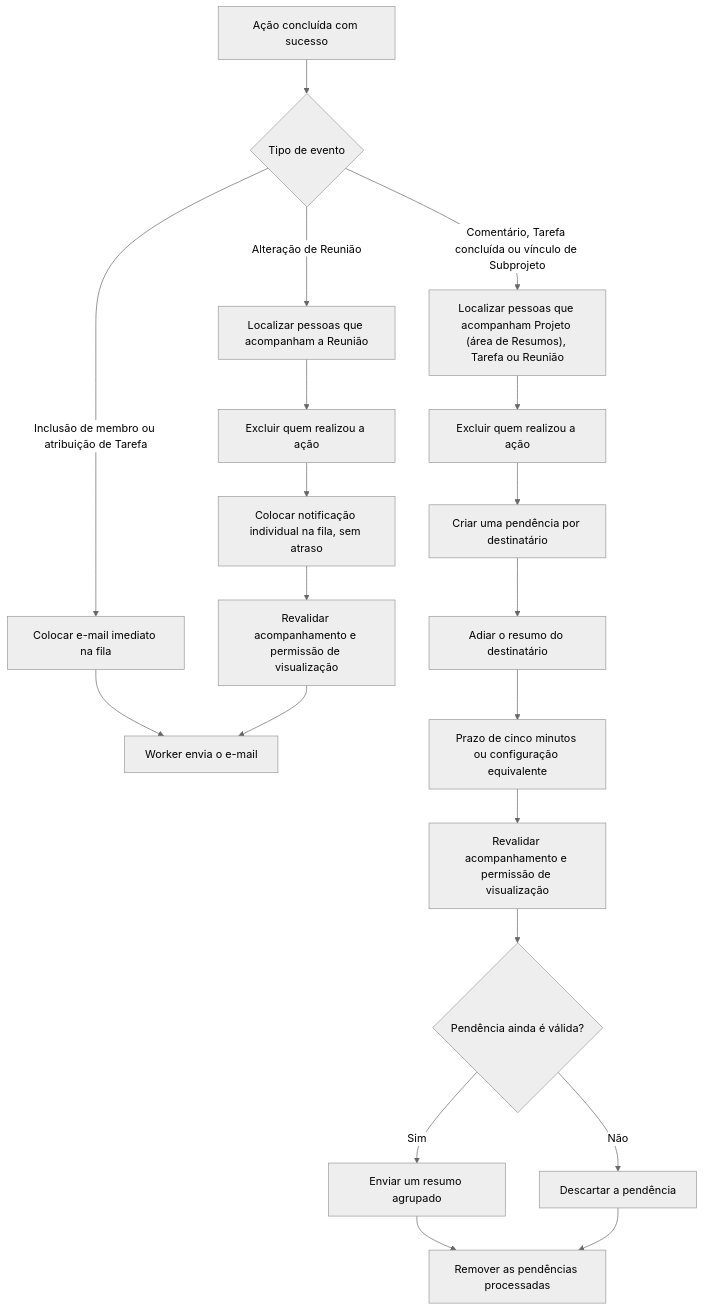
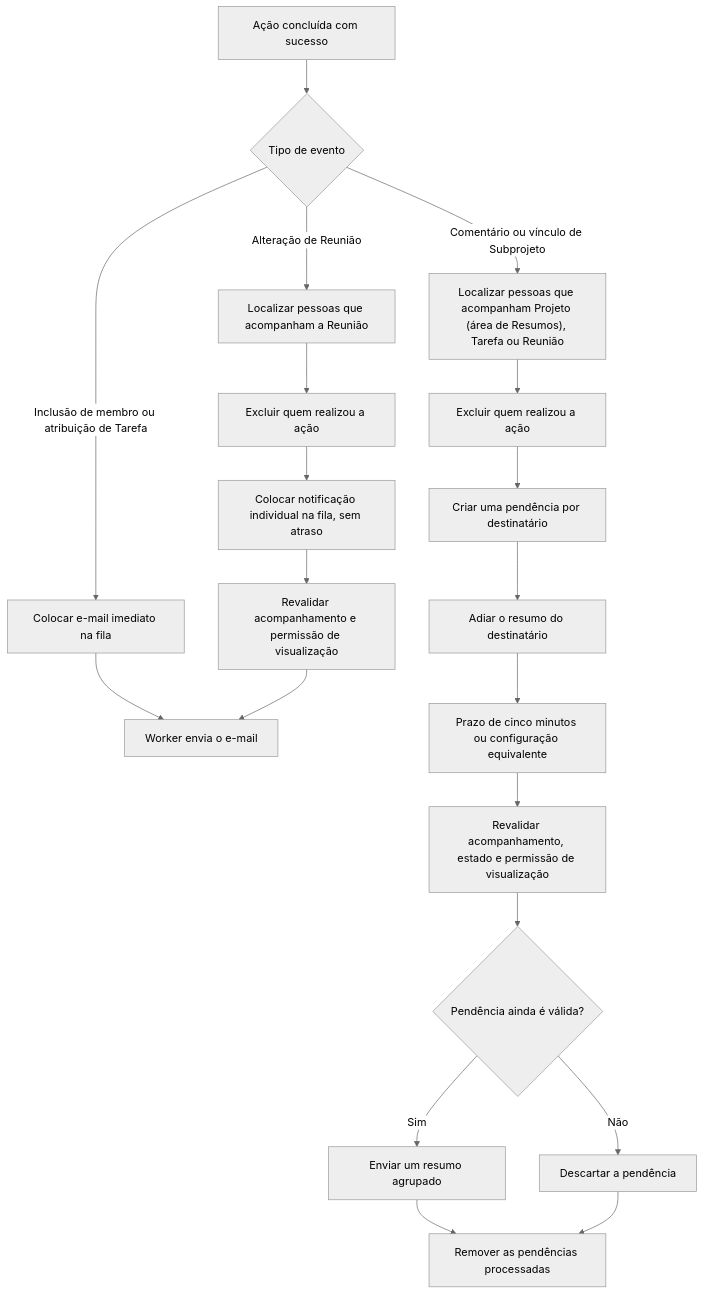
The diagram in docs/user-friendly/email/notificacoes.md (uspdev/gestao-projetos), drawn with Mermaid (neutral theme) before and after one commit. The commit also changed other lines of this file and 16 other files, not shown here.

Commit message:
feat(watch): implementa verificação se uma tarefa ou reunião estão hábeis a gerarem notificações ao usuario

````diff
--- a/docs/user-friendly/email/notificacoes.md
+++ b/docs/user-friendly/email/notificacoes.md
@@ -63,24 +64,24 @@
 ```mermaid
 flowchart TD
     evento["Ação concluída com sucesso"] --> tipo{"Tipo de evento"}
     tipo -->|"Inclusão de membro ou atribuição de Tarefa"| imediato["Colocar e-mail imediato na fila"]
     imediato --> envio["Worker envia o e-mail"]
 
     tipo -->|"Alteração de Reunião"| reuniao["Localizar pessoas que acompanham a Reunião"]
     reuniao --> excluirAutorReuniao["Excluir quem realizou a ação"]
     excluirAutorReuniao --> imediatoReuniao["Colocar notificação individual na fila, sem atraso"]
     imediatoReuniao --> revalidarReuniao["Revalidar acompanhamento e permissão de visualização"]
     revalidarReuniao --> envio
 
-    tipo -->|"Comentário, Tarefa concluída ou vínculo de Subprojeto"| acompanhamento["Localizar pessoas que acompanham Projeto (área de Resumos), Tarefa ou Reunião"]
+    tipo -->|"Comentário ou vínculo de Subprojeto"| acompanhamento["Localizar pessoas que acompanham Projeto (área de Resumos), Tarefa ou Reunião"]
     acompanhamento --> excluirAutor["Excluir quem realizou a ação"]
     excluirAutor --> pendencia["Criar uma pendência por destinatário"]
     pendencia --> adiar["Adiar o resumo do destinatário"]
     adiar --> prazo["Prazo de cinco minutos ou configuração equivalente"]
-    prazo --> revalidar["Revalidar acompanhamento e permissão de visualização"]
+    prazo --> revalidar["Revalidar acompanhamento, estado e permissão de visualização"]
     revalidar --> valido{"Pendência ainda é válida?"}
     valido -->|"Sim"| resumo["Enviar um resumo agrupado"]
     valido -->|"Não"| descartar["Descartar a pendência"]
     resumo --> limpar["Remover as pendências processadas"]
     descartar --> limpar
 ```
````
